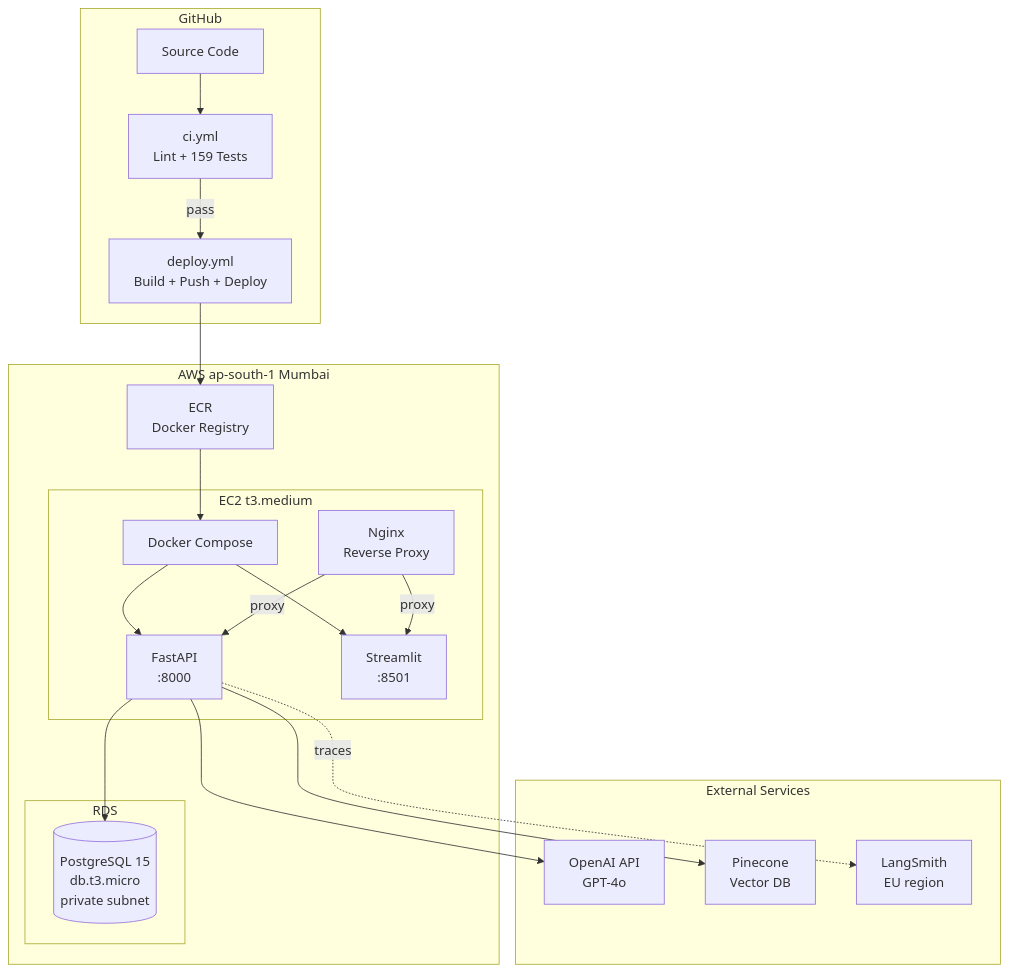
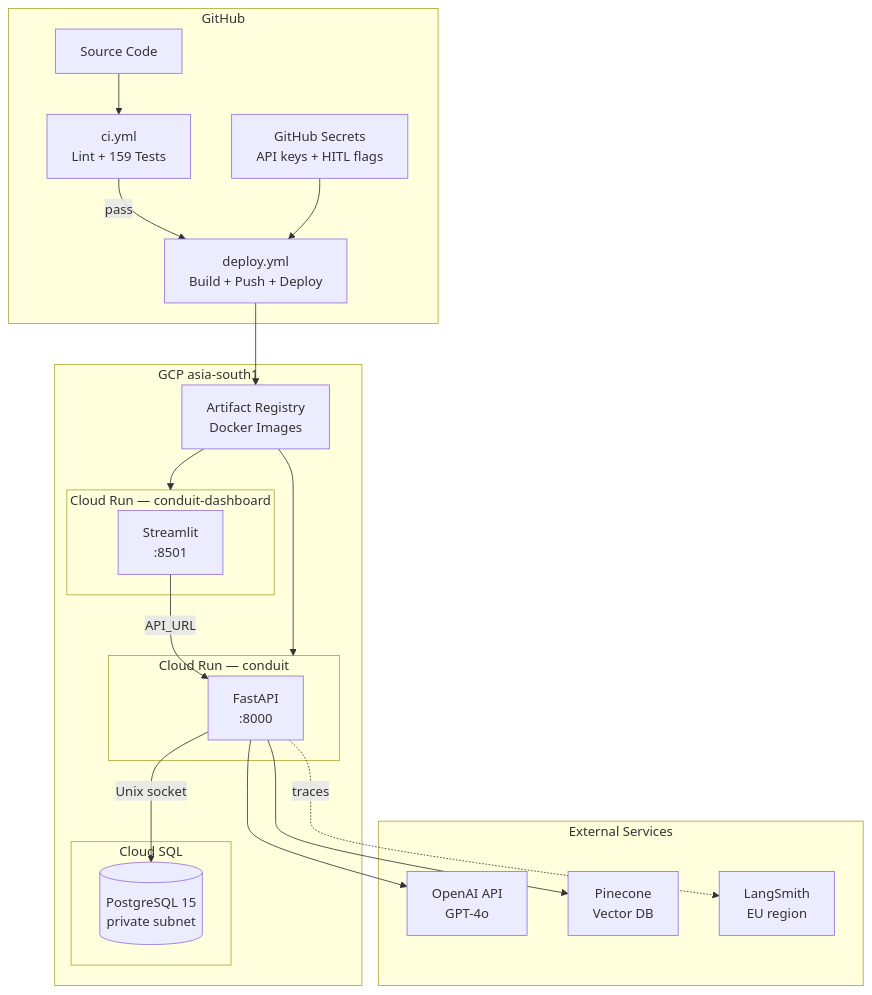
One commit to PravirSinha/Conduit changed the fifth of 5 diagrams in docs/architecture.md. Above: the diagram before and after it, drawn with Mermaid. The commit also changed other lines of this file and 1 other file, not shown here.

Commit message:
docs: update README and architecture for GCP migration

````diff
--- a/docs/architecture.md
+++ b/docs/architecture.md
@@ -197,42 +197,43 @@
 ```mermaid
 graph TB
     subgraph GH["GitHub"]
         CODE[Source Code]
         CI[ci.yml<br/>Lint + 159 Tests]
         CD[deploy.yml<br/>Build + Push + Deploy]
+        SEC[GitHub Secrets<br/>API keys + HITL flags]
     end
 
-    subgraph AWS["AWS ap-south-1 Mumbai"]
-        ECR[ECR<br/>Docker Registry]
+    subgraph GCP["GCP asia-south1"]
+        AR[Artifact Registry<br/>Docker Images]
 
-        subgraph EC2["EC2 t3.medium"]
-            DC[Docker Compose]
+        subgraph CR_API["Cloud Run — conduit"]
             API2[FastAPI<br/>:8000]
-            DASH2[Streamlit<br/>:8501]
-            NGX[Nginx<br/>Reverse Proxy]
         end
 
-        subgraph RDS["RDS"]
-            DB2[(PostgreSQL 15<br/>db.t3.micro<br/>private subnet)]
+        subgraph CR_DASH["Cloud Run — conduit-dashboard"]
+            DASH2[Streamlit<br/>:8501]
+        end
+
+        subgraph CSQL["Cloud SQL"]
+            DB2[(PostgreSQL 15<br/>private subnet)]
         end
     end
 
     subgraph EXT["External Services"]
         OAI[OpenAI API<br/>GPT-4o]
         PIN[Pinecone<br/>Vector DB]
         LSM[LangSmith<br/>EU region]
     end
 
     CODE --> CI
     CI -->|pass| CD
-    CD --> ECR
-    ECR --> DC
-    DC --> API2
-    DC --> DASH2
-    NGX -->|proxy| API2
-    NGX -->|proxy| DASH2
-    API2 --> DB2
+    SEC --> CD
+    CD --> AR
+    AR --> CR_API
+    AR --> CR_DASH
+    API2 -->|Unix socket| DB2
+    DASH2 -->|API_URL| API2
     API2 --> OAI
     API2 --> PIN
     API2 -.->|traces| LSM
 ```
````
